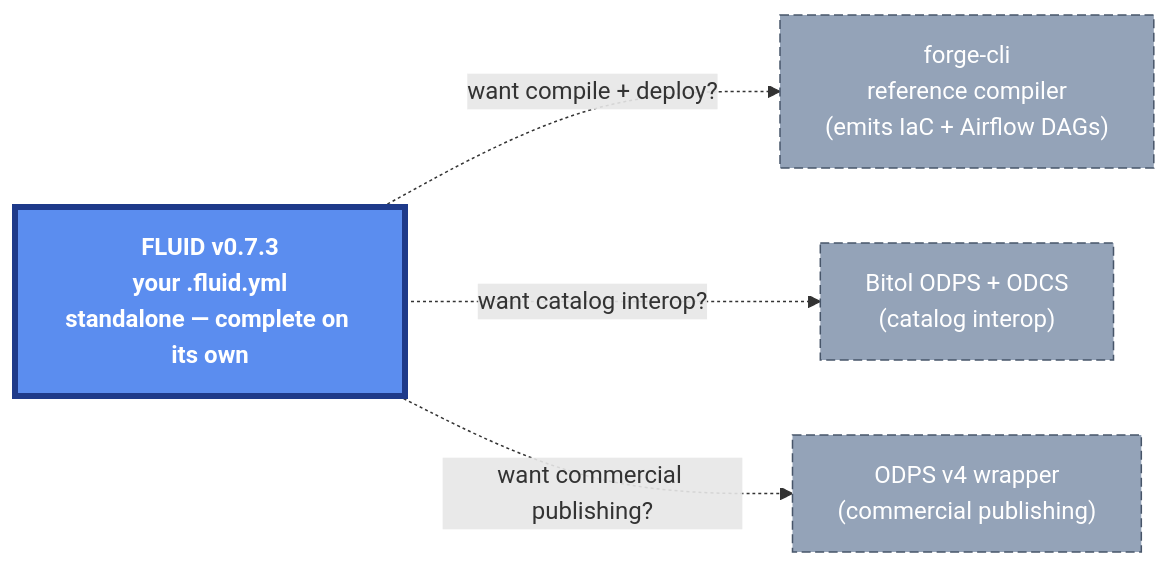
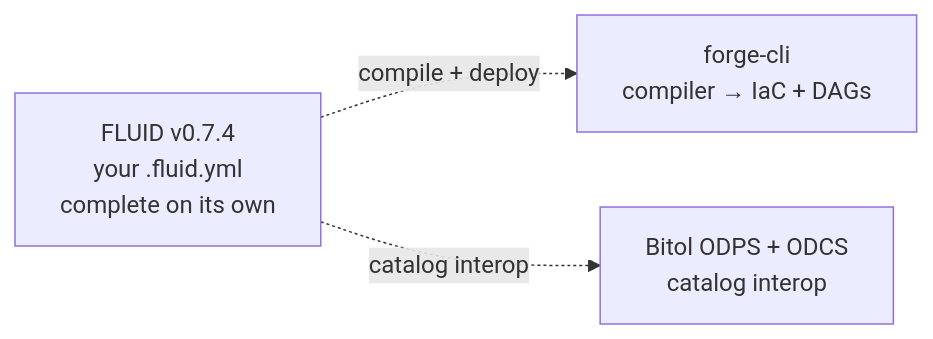
The diagram in README.md (open-data-protocol/fluid), drawn with Mermaid before and after one commit. The commit also changed other lines of this file and 97 other files, not shown here.

First line of the commit message:
docs: VuePress 2 site redesign + vendor schema 0.7.4

````diff
--- a/README.md
+++ b/README.md
@@ -127,20 +24,8 @@
 ```mermaid
 flowchart LR
-    classDef core fill:#5B8DEF,color:#fff,stroke:#1E3A8A,stroke-width:4px,font-weight:bold
-    classDef opt  fill:#94A3B8,color:#fff,stroke:#475569,stroke-width:1px,stroke-dasharray:6 3
-
-    F["FLUID v0.7.3<br/>your .fluid.yml<br/>standalone — complete on its own"]:::core
-
-    FC["forge-cli<br/>reference compiler<br/>(emits IaC + Airflow DAGs)"]:::opt
-    BIT["Bitol ODPS + ODCS<br/>(catalog interop)"]:::opt
-    V4["ODPS v4 wrapper<br/>(commercial publishing)"]:::opt
-
-    F -.->|"want compile + deploy?"| FC
-    F -.->|"want catalog interop?"| BIT
-    F -.->|"want commercial publishing?"| V4
-
-    click F "https://github.com/open-data-protocol/fluid"
-    click FC "https://github.com/Agenticstiger/forge-cli"
-    click BIT "https://github.com/bitol-io"
-    click V4 "https://github.com/Open-Data-Product-Initiative/v4.0"
+    F["FLUID v0.7.4<br/>your .fluid.yml<br/>complete on its own"]
+    FC["forge-cli<br/>compiler → IaC + DAGs"]
+    BIT["Bitol ODPS + ODCS<br/>catalog interop"]
+    F -.->|compile + deploy| FC
+    F -.->|catalog interop| BIT
 ```
````
